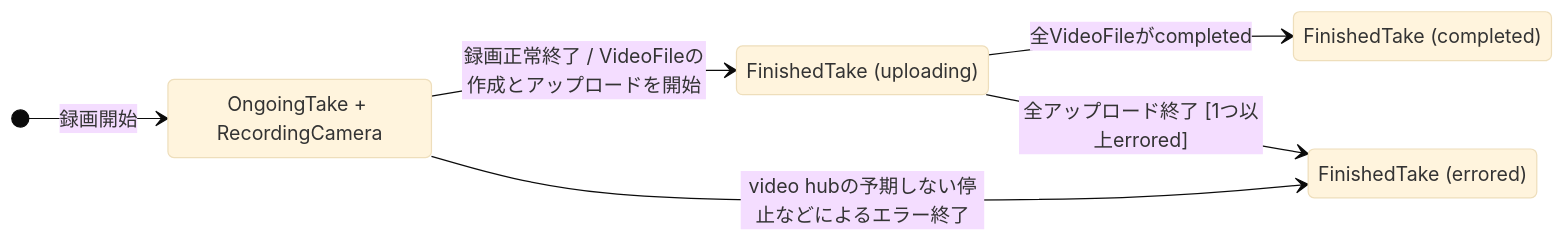
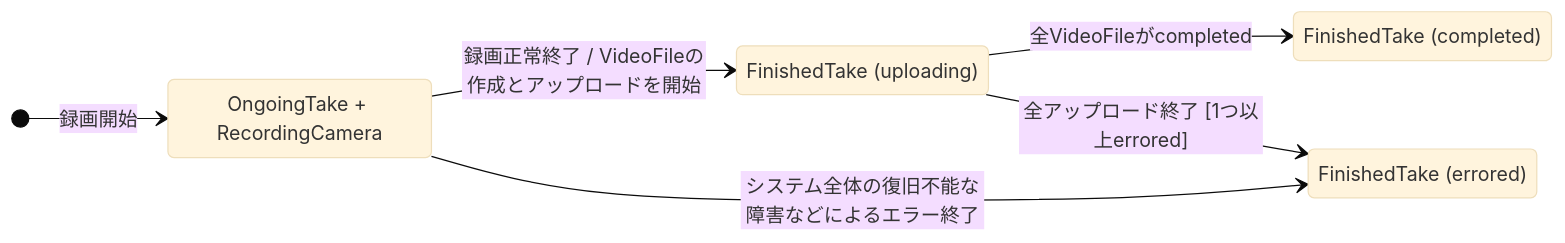
The third of 3 diagrams in docs/requirements-v2/14-specified-requirements/05-logical-database-requirements/logical-database-requirements.md (traP-jp/kinugasa-recording), drawn with Mermaid (base theme) before and after one commit. The commit also changed other lines of this file and 6 other files, not shown here.

````diff
--- a/docs/requirements-v2/14-specified-requirements/05-logical-database-requirements/logical-database-requirements.md
+++ b/docs/requirements-v2/14-specified-requirements/05-logical-database-requirements/logical-database-requirements.md
@@ -143,14 +143,14 @@
 ```mermaid
 stateDiagram-v2
     direction LR
     state "OngoingTake + RecordingCamera" as Ongoing
     state "FinishedTake (uploading)" as Uploading
     state "FinishedTake (completed)" as Completed
     state "FinishedTake (errored)" as Errored
 
     [*] --> Ongoing : 録画開始
     Ongoing --> Uploading : 録画正常終了 / VideoFileの作成とアップロードを開始
-    Ongoing --> Errored : video hubの予期しない停止などによるエラー終了
+    Ongoing --> Errored : システム全体の復旧不能な障害などによるエラー終了
     Uploading --> Completed : 全VideoFileがcompleted
     Uploading --> Errored : 全アップロード終了 [1つ以上errored]
 ```
````
